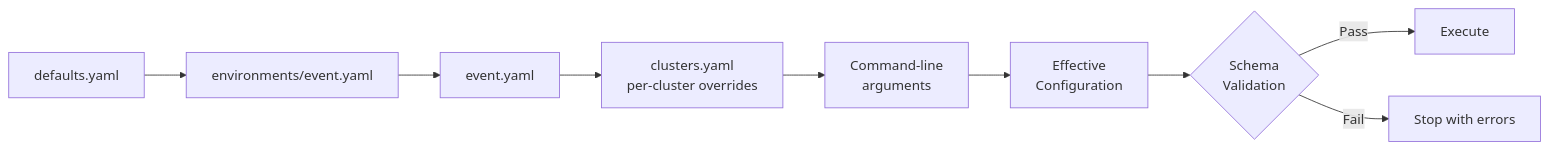
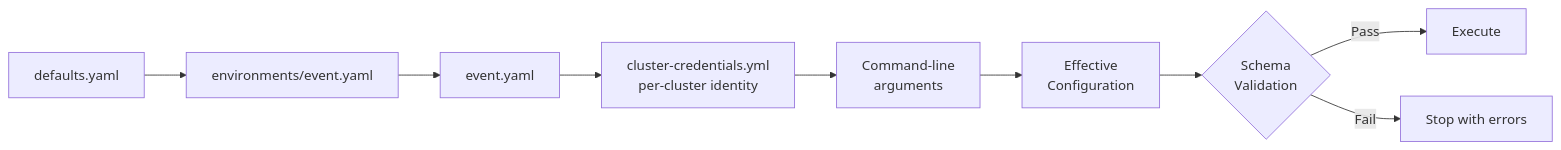
Before and after one commit to rh-fran6/mas-word: the tenth of 10 diagrams in docs/architecture.md, drawn with Mermaid. The commit also changed other lines of this file and 460 other files, not shown here.

````diff
--- a/docs/architecture.md
+++ b/docs/architecture.md
@@ -445,11 +564,11 @@
 ```mermaid
 flowchart LR
     D[defaults.yaml] --> E[environments/event.yaml]
     E --> EV[event.yaml]
-    EV --> C[clusters.yaml<br/>per-cluster overrides]
+    EV --> C[cluster-credentials.yml<br/>per-cluster identity]
     C --> CMD[Command-line<br/>arguments]
     CMD --> EFF[Effective<br/>Configuration]
     EFF --> VAL{Schema<br/>Validation}
     VAL -->|Pass| EXEC[Execute]
     VAL -->|Fail| STOP[Stop with errors]
 ```
````
